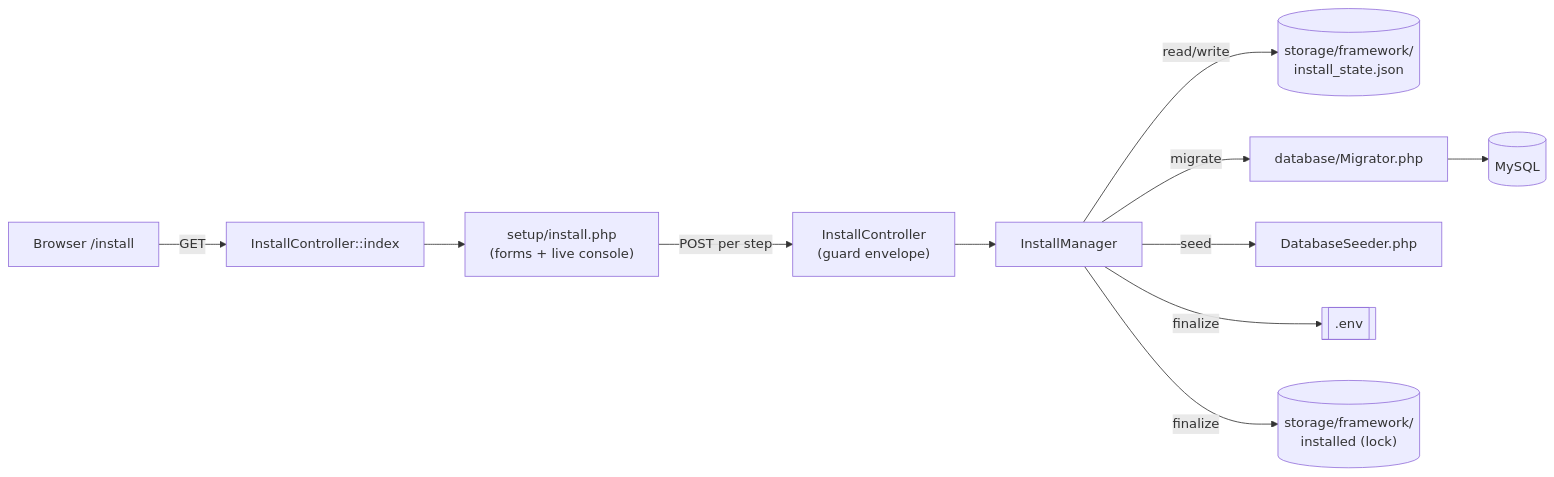
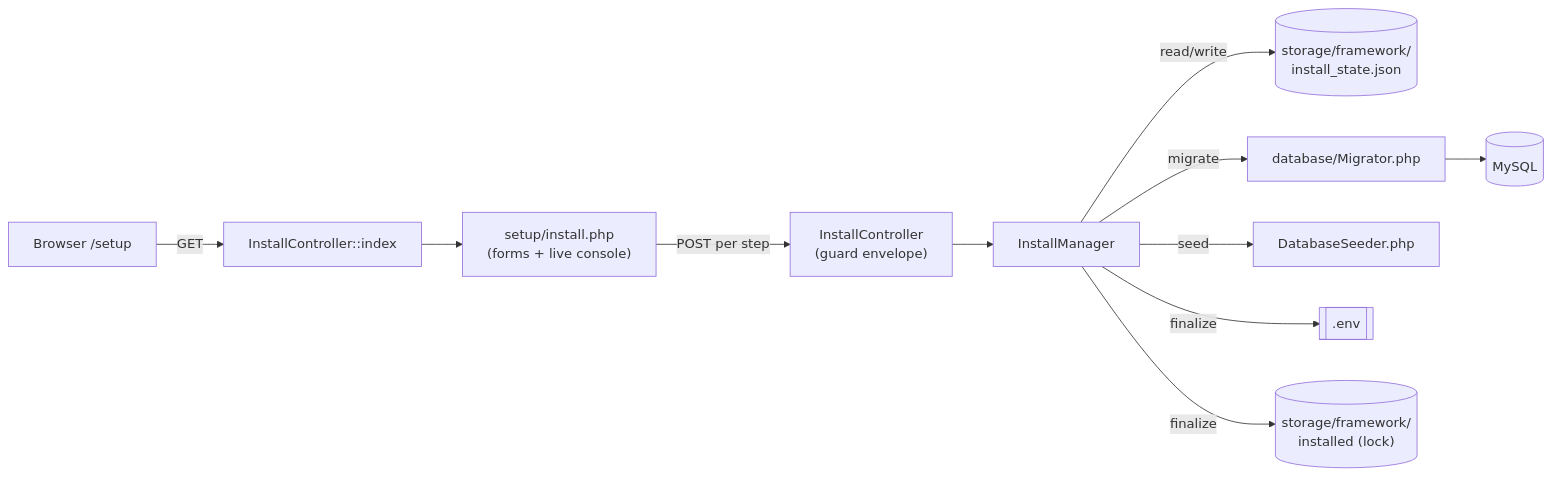
Before and after one commit to ammarnabileg/crm: the first of 2 diagrams in docs/32-Setup-Installer.md, drawn with Mermaid. The commit also changed other lines of this file and 47 other files, not shown here.

````diff
--- a/docs/32-Setup-Installer.md
+++ b/docs/32-Setup-Installer.md
@@ -56,13 +56,13 @@
 ```mermaid
 flowchart LR
-    Browser["Browser /install"] -->|"GET"| Index["InstallController::index"]
+    Browser["Browser /setup"] -->|"GET"| Index["InstallController::index"]
     Index --> View["setup/install.php\n(forms + live console)"]
     View -->|"POST per step"| Ctrl["InstallController\n(guard envelope)"]
     Ctrl --> Mgr["InstallManager"]
     Mgr -->|"read/write"| State[("storage/framework/\ninstall_state.json")]
     Mgr -->|"migrate"| Migrator["database/Migrator.php"]
     Migrator --> DB[("MySQL")]
     Mgr -->|"seed"| Seeder["DatabaseSeeder.php"]
     Mgr -->|"finalize"| Env[[".env"]]
     Mgr -->|"finalize"| Lock[("storage/framework/\ninstalled (lock)")]
 ```
````
